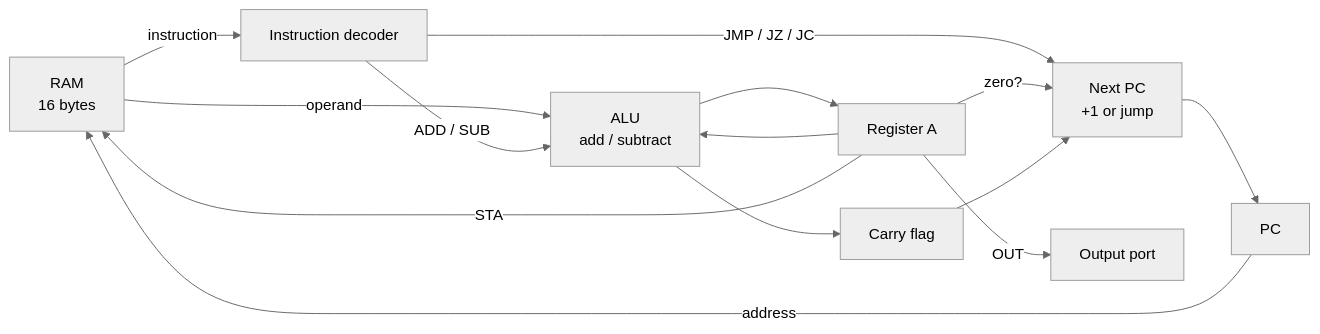
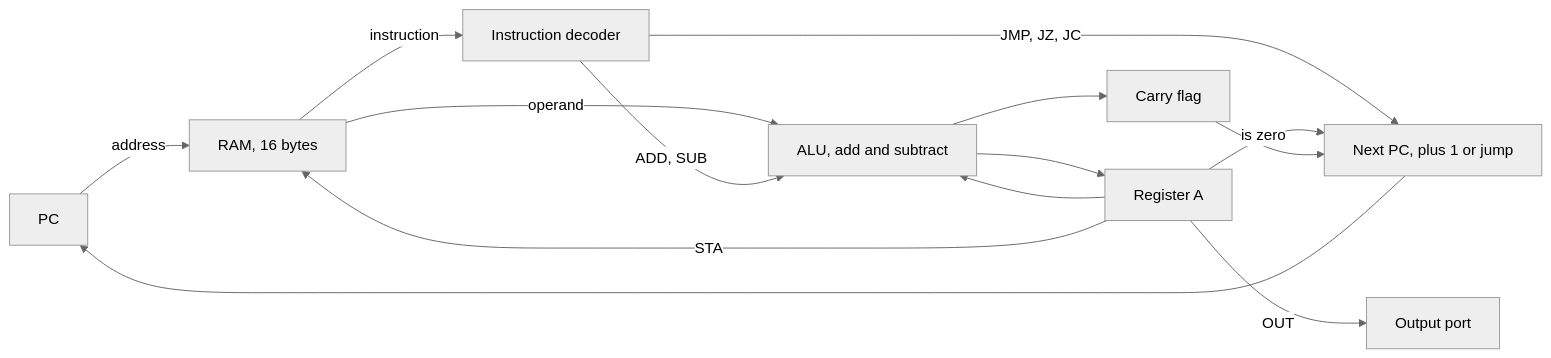
The second of 3 diagrams in README.md (RiwRiwara/jev-computer), drawn with Mermaid (neutral theme) before and after one commit. The commit also changed other lines of this file and 1 other file, not shown here.

Commit message:
Simplify Mermaid diagrams so GitHub renders them

````diff
--- a/README.md
+++ b/README.md
@@ -143,25 +140,16 @@
 ```mermaid
 flowchart LR
-    RAM["RAM<br/>16 bytes"]
-    DEC["Instruction decoder"]
-    ALU["ALU<br/>add / subtract"]
-    A["Register A"]
-    C["Carry flag"]
-    PCL["Next PC<br/>+1 or jump"]
-    PC["PC"]
-    OUT["Output port"]
-
-    PC -- "address" --> RAM
-    RAM -- "instruction" --> DEC
-    RAM -- "operand" --> ALU
-    A --> ALU
-    DEC -- "ADD / SUB" --> ALU
+    PC[PC] -->|address| RAM[RAM, 16 bytes]
+    RAM -->|instruction| DEC[Instruction decoder]
+    RAM -->|operand| ALU[ALU, add and subtract]
+    A[Register A] --> ALU
+    DEC -->|ADD, SUB| ALU
     ALU --> A
-    ALU --> C
-    DEC -- "JMP / JZ / JC" --> PCL
-    A -- "zero?" --> PCL
-    C --> PCL
-    PCL --> PC
-    A -- "STA" --> RAM
-    A -- "OUT" --> OUT
+    ALU --> C[Carry flag]
+    DEC -->|JMP, JZ, JC| NPC[Next PC, plus 1 or jump]
+    A -->|is zero| NPC
+    C --> NPC
+    NPC --> PC
+    A -->|STA| RAM
+    A -->|OUT| OUTP[Output port]
 ```
````
